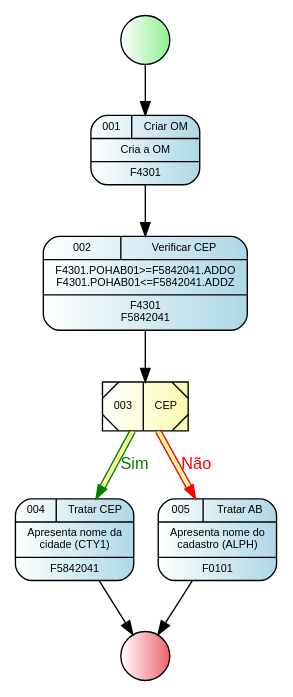
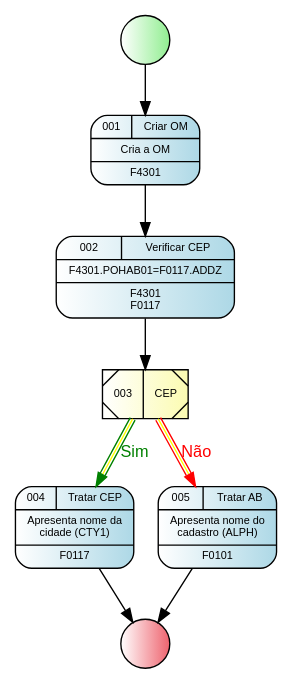
Before and after one commit to GiovaniPM/Graphs: the diagram in CEP process.gv, drawn with Graphviz.

Commit message:
giova(DESKTOP-PG18CKU) 200401164745

```diff
--- a/CEP process.gv
+++ b/CEP process.gv
@@ -1,61 +1,61 @@
 digraph R {
     nodeini [
                 shape=circle,
                 style="filled",
                 fillcolor="white:lightgreen",
                 label=""
             ]
     node001 [
                 fontname = "Arial",
                 fontsize = 8,
                 shape=record,
                 style="rounded,filled",
                 fillcolor="white:lightblue"
                 label="{{001|Criar OM}|Cria a OM|F4301}"
             ]
     node002 [
                 fontname = "Arial",
                 fontsize = 8,
                 shape=record,
                 style="rounded,filled",
                 fillcolor="white:lightblue"
-                label="{{002|Verificar CEP}|F4301.POHAB01\>=F5842041.ADDO\nF4301.POHAB01\<=F5842041.ADDZ|F4301\nF5842041}"
+                label="{{002|Verificar CEP}|F4301.POHAB01=F0117.ADDZ|F4301\nF0117}"
             ]
     node003 [
                 fontname = "Arial",
                 fontsize = 8,
                 shape=record,
                 style="diagonals,filled",
                 fillcolor="white:#fbfbb1"
                 label="003|CEP"
             ]
     node004 [
                 fontname = "Arial",
                 fontsize = 8,
                 shape=record,
                 style="rounded,filled",
                 fillcolor="white:lightblue"
-                label="{{004|Tratar CEP}|Apresenta nome da\ncidade (CTY1)|F5842041}"
+                label="{{004|Tratar CEP}|Apresenta nome da\ncidade (CTY1)|F0117}"
             ]
     node005 [
                 fontname = "Arial",
                 fontsize = 8,
                 shape=record,
                 style="rounded,filled",
                 fillcolor="white:lightblue"
                 label="{{005|Tratar AB}|Apresenta nome do\ncadastro (ALPH)|F0101}"
             ]
     nodefin [
                 shape=circle,
                 style="filled",
                 fillcolor="white:#ee636e",
                 label=""
             ]
     nodeini -> node001
     node001 -> node002
     node002 -> node003
     node003 -> node004 [fontname = "Arial", fontsize = 12, fontcolor="green", color="green:yellow:green", label="Sim"]
     node003 -> node005 [fontname = "Arial", fontsize = 12, fontcolor="red", color="red:yellow:red", label="Não"]
     node004 -> nodefin
     node005 -> nodefin
 }
```
